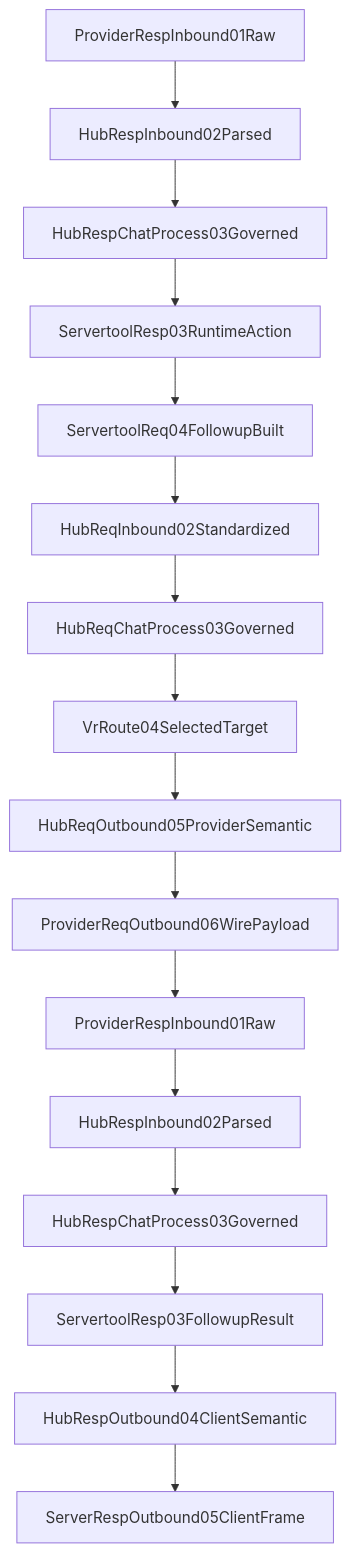
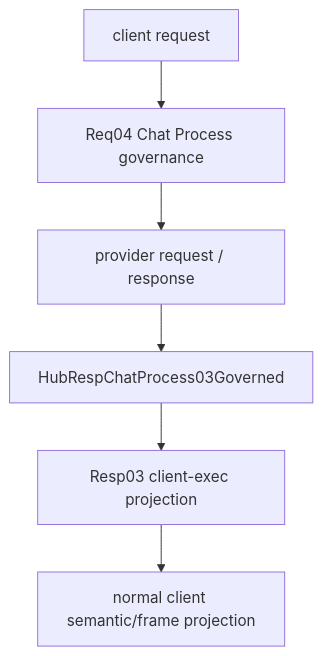
The first of 2 diagrams in v3/build-contracts/architecture-admission/repo/docs/architecture/wiki/servertool-followup-call-graph.md (Jasonzhangf/routecodex), drawn with Mermaid before and after one commit. The commit also changed other lines of this file and 26 other files, not shown here.

````diff
--- a/v3/build-contracts/architecture-admission/repo/docs/architecture/wiki/servertool-followup-call-graph.md
+++ b/v3/build-contracts/architecture-admission/repo/docs/architecture/wiki/servertool-followup-call-graph.md
@@ -38,18 +34,8 @@
 ```mermaid
 flowchart TD
-  A["ProviderRespInbound01Raw"] --> B["HubRespInbound02Parsed"]
-  B --> C["HubRespChatProcess03Governed"]
-  C --> D["ServertoolResp03RuntimeAction"]
-  D --> E["ServertoolReq04FollowupBuilt"]
-  E --> F["HubReqInbound02Standardized"]
-  F --> G["HubReqChatProcess03Governed"]
-  G --> H["VrRoute04SelectedTarget"]
-  H --> I["HubReqOutbound05ProviderSemantic"]
-  I --> J["ProviderReqOutbound06WirePayload"]
-  J --> K["ProviderRespInbound01Raw"]
-  K --> L["HubRespInbound02Parsed"]
-  L --> M["HubRespChatProcess03Governed"]
-  M --> N["ServertoolResp03FollowupResult"]
-  N --> O["HubRespOutbound04ClientSemantic"]
-  O --> P["ServerRespOutbound05ClientFrame"]
+  A["client request"] --> B["Req04 Chat Process governance"]
+  B --> C["provider request / response"]
+  C --> D["HubRespChatProcess03Governed"]
+  D --> E["Resp03 client-exec projection"]
+  E --> F["normal client semantic/frame projection"]
 ```
````
